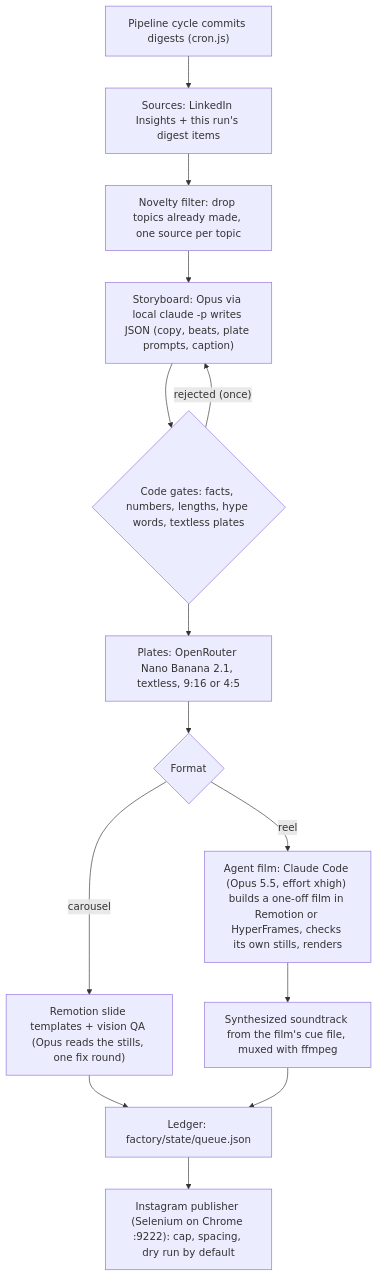
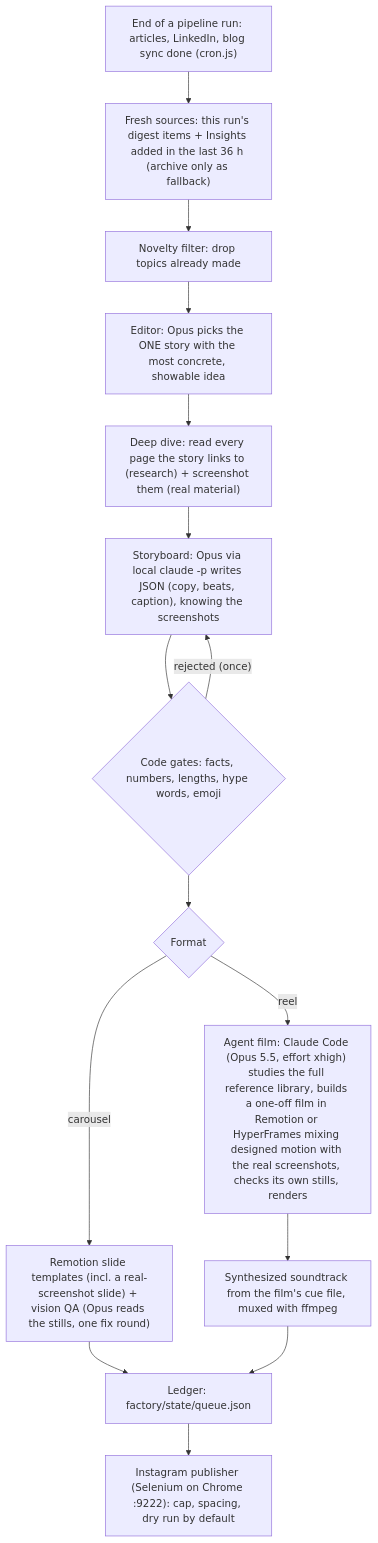
One commit to Drix10/ai-resources-pipeline changed the diagram in docs/CONTENT_FACTORY.md. Above: the diagram before and after it, drawn with Mermaid. The commit also changed other lines of this file and 28 other files, not shown here.

````diff
--- a/docs/CONTENT_FACTORY.md
+++ b/docs/CONTENT_FACTORY.md
@@ -7,16 +7,17 @@
 ```mermaid
 flowchart TD
-    A["Pipeline cycle commits digests (cron.js)"] --> B["Sources: LinkedIn Insights + this run's digest items"]
-    B --> C["Novelty filter: drop topics already made, one source per topic"]
-    C --> D["Storyboard: Opus via local claude -p writes JSON (copy, beats, plate prompts, caption)"]
-    D --> E{"Code gates: facts, numbers, lengths, hype words, textless plates"}
+    A["End of a pipeline run: articles, LinkedIn, blog sync done (cron.js)"] --> B["Fresh sources: this run's digest items + Insights added in the last 36 h (archive only as fallback)"]
+    B --> C["Novelty filter: drop topics already made"]
+    C --> P["Editor: Opus picks the ONE story with the most concrete, showable idea"]
+    P --> R["Deep dive: read every page the story links to (research) + screenshot them (real material)"]
+    R --> D["Storyboard: Opus via local claude -p writes JSON (copy, beats, caption), knowing the screenshots"]
+    D --> E{"Code gates: facts, numbers, lengths, hype words, emoji"}
     E -- "rejected (once)" --> D
-    E --> F["Plates: OpenRouter Nano Banana 2.1, textless, 9:16 or 4:5"]
-    F --> G{"Format"}
-    G -- reel --> H["Agent film: Claude Code (Opus 5.5, effort xhigh) builds a one-off film in Remotion or HyperFrames, checks its own stills, renders"]
-    G -- carousel --> I["Remotion slide templates + vision QA (Opus reads the stills, one fix round)"]
+    E --> G{"Format"}
+    G -- reel --> H["Agent film: Claude Code (Opus 5.5, effort xhigh) studies the full reference library, builds a one-off film in Remotion or HyperFrames mixing designed motion with the real screenshots, checks its own stills, renders"]
+    G -- carousel --> I["Remotion slide templates (incl. a real-screenshot slide) + vision QA (Opus reads the stills, one fix round)"]
     H --> J["Synthesized soundtrack from the film's cue file, muxed with ffmpeg"]
     I --> K["Ledger: factory/state/queue.json"]
     J --> K
     K --> L["Instagram publisher (Selenium on Chrome :9222): cap, spacing, dry run by default"]
 ```
````
